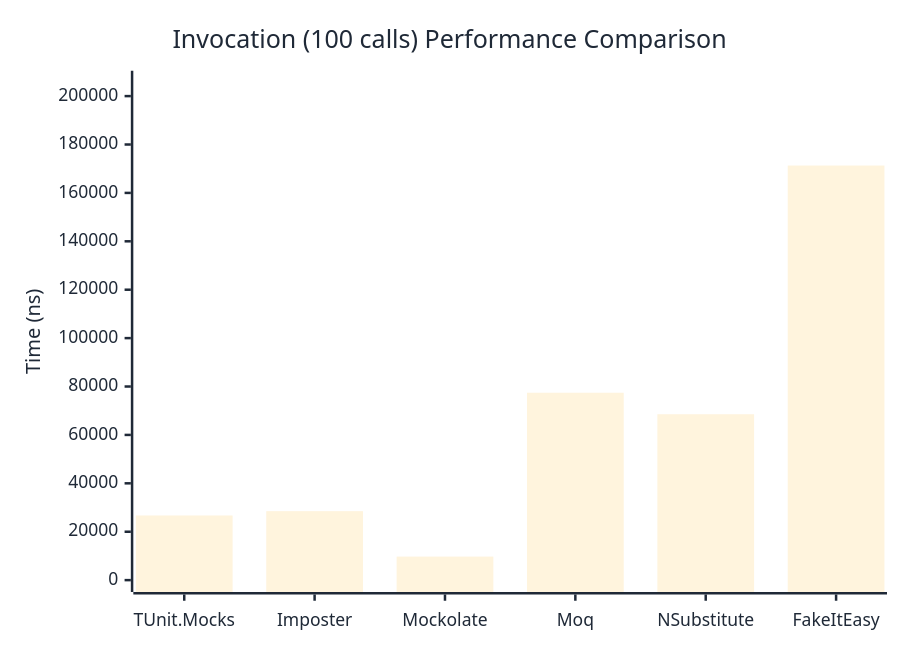
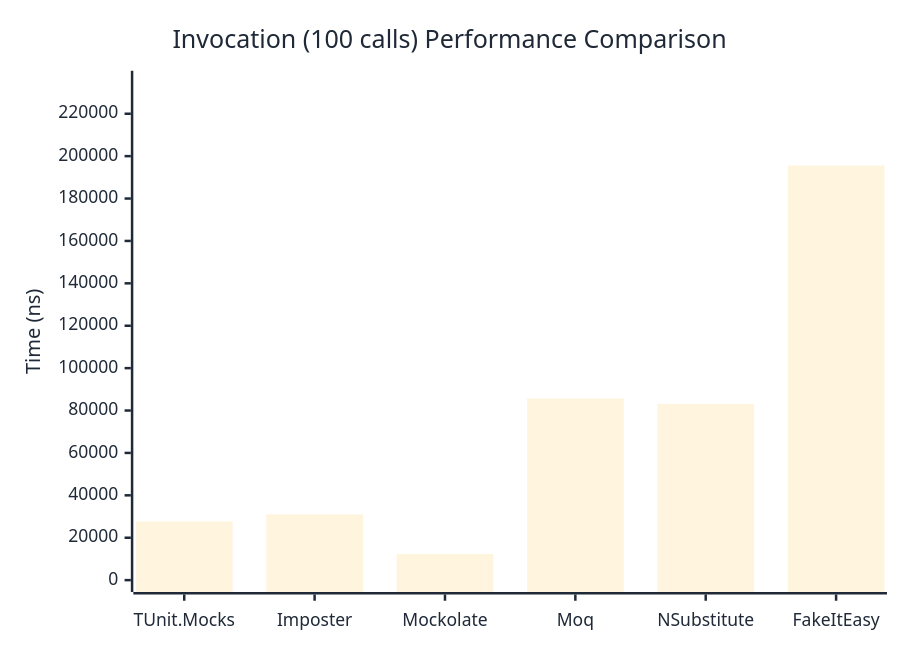
Before and after one commit to thomhurst/TUnit: the third of 3 diagrams in docs/docs/benchmarks/mocks/Invocation.md, drawn with Mermaid. The commit also changed other lines of this file and 14 other files, not shown here.

````diff
--- a/docs/docs/benchmarks/mocks/Invocation.md
+++ b/docs/docs/benchmarks/mocks/Invocation.md
@@ -112,27 +112,27 @@
 ```mermaid
 %%{init: {
   'theme':'base',
   'themeVariables': {
     'primaryColor': '#2563eb',
     'primaryTextColor': '#1f2937',
     'primaryBorderColor': '#1e40af',
     'lineColor': '#6b7280',
     'secondaryColor': '#7c3aed',
     'tertiaryColor': '#dc2626',
     'background': '#ffffff',
     'pie1': '#2563eb',
     'pie2': '#7c3aed',
     'pie3': '#dc2626',
     'pie4': '#f59e0b',
     'pie5': '#10b981',
     'pie6': '#06b6d4',
     'pie7': '#ec4899',
     'pie8': '#6366f1'
   }
 }}%%
 xychart-beta
   title "Invocation (100 calls) Performance Comparison"
   x-axis ["TUnit.Mocks", "Imposter", "Mockolate", "Moq", "NSubstitute", "FakeItEasy"]
-  y-axis "Time (ns)" 0 --> 205569
-  bar [26710.31, 28496.53, 9726.67, 77431.14, 68544.95, 171307.5]
+  y-axis "Time (ns)" 0 --> 234679
+  bar [27691.3, 30976.6, 12302.5, 85674.1, 83159.3, 195565.2]
 ```
````
